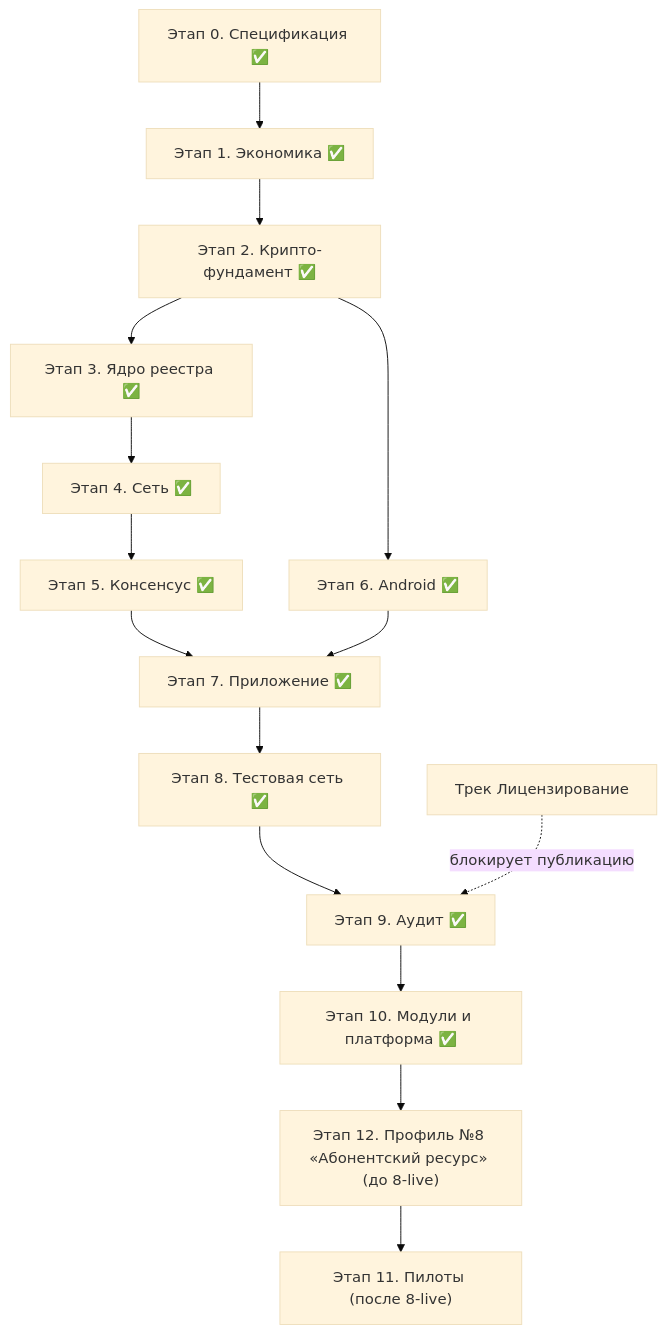
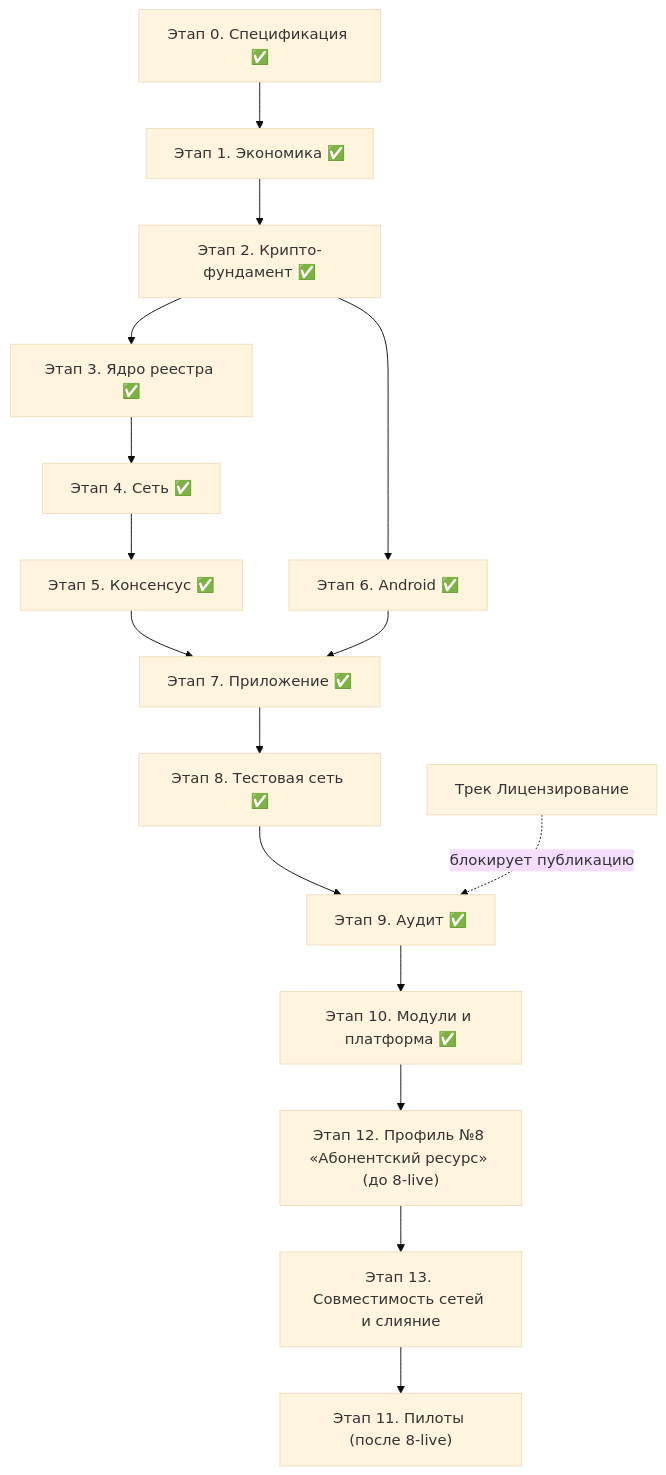
The diagram in docs/development-plan.md (rumatakira74/equality-trust-networks), drawn with Mermaid (base theme) before and after one commit. The commit also changed other lines of this file, not shown here.

Commit message:
план: этап 13 — совместимость сетей и слияние сетей в документации (31.10.2026)

````diff
--- a/docs/development-plan.md
+++ b/docs/development-plan.md
@@ -272,17 +283,18 @@
 ```mermaid
 flowchart TD
     S0["Этап 0. Спецификация ✅"] --> S1["Этап 1. Экономика ✅"]
     S1 --> S2["Этап 2. Крипто-фундамент ✅"]
     S2 --> S3["Этап 3. Ядро реестра ✅"]
     S3 --> S4["Этап 4. Сеть ✅"]
     S4 --> S5["Этап 5. Консенсус ✅"]
     S2 --> S6["Этап 6. Android ✅"]
     S5 --> S7["Этап 7. Приложение ✅"]
     S6 --> S7
     S7 --> S8["Этап 8. Тестовая сеть ✅"]
     S8 --> S9["Этап 9. Аудит ✅"]
     S9 --> S10["Этап 10. Модули и платформа ✅"]
     S10 --> S12["Этап 12. Профиль №8 «Абонентский ресурс» (до 8-live)"]
-    S12 --> S11["Этап 11. Пилоты (после 8-live)"]
+    S12 --> S13["Этап 13. Совместимость сетей и слияние"]
+    S13 --> S11["Этап 11. Пилоты (после 8-live)"]
     L["Трек Лицензирование"] -. "блокирует публикацию" .-> S9
 ```
````
